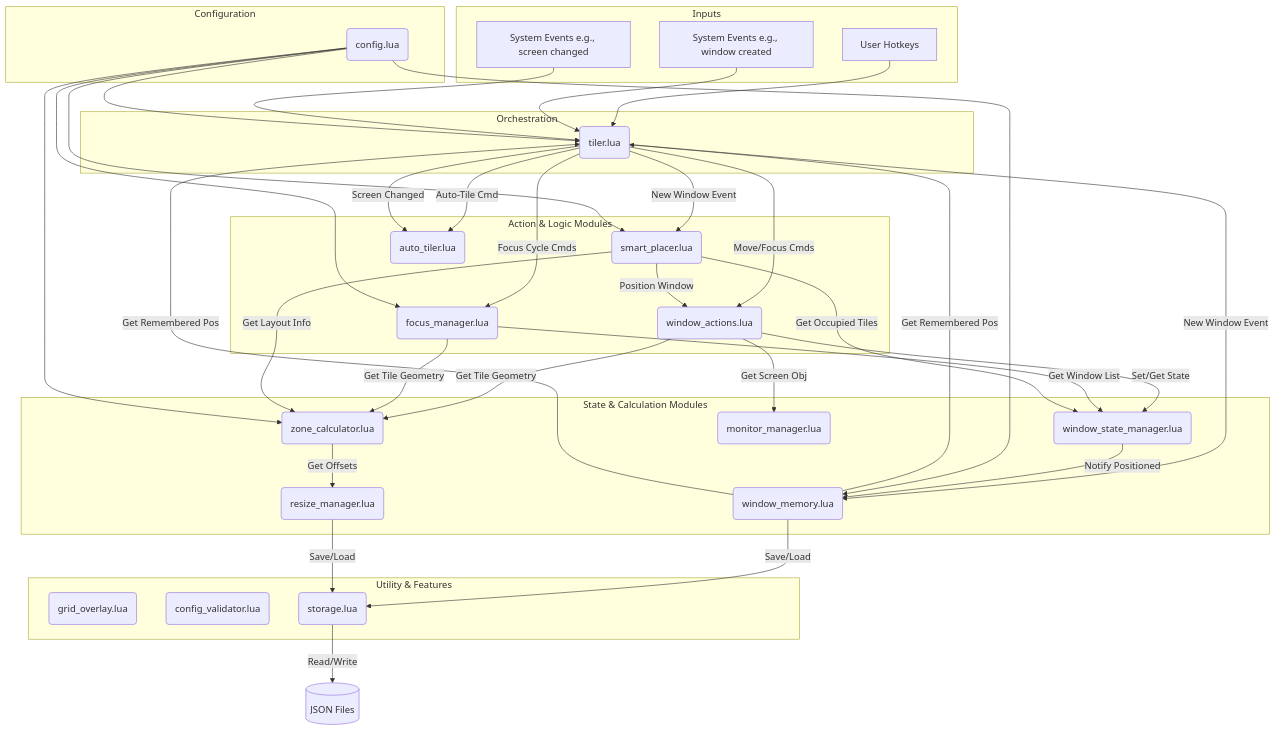
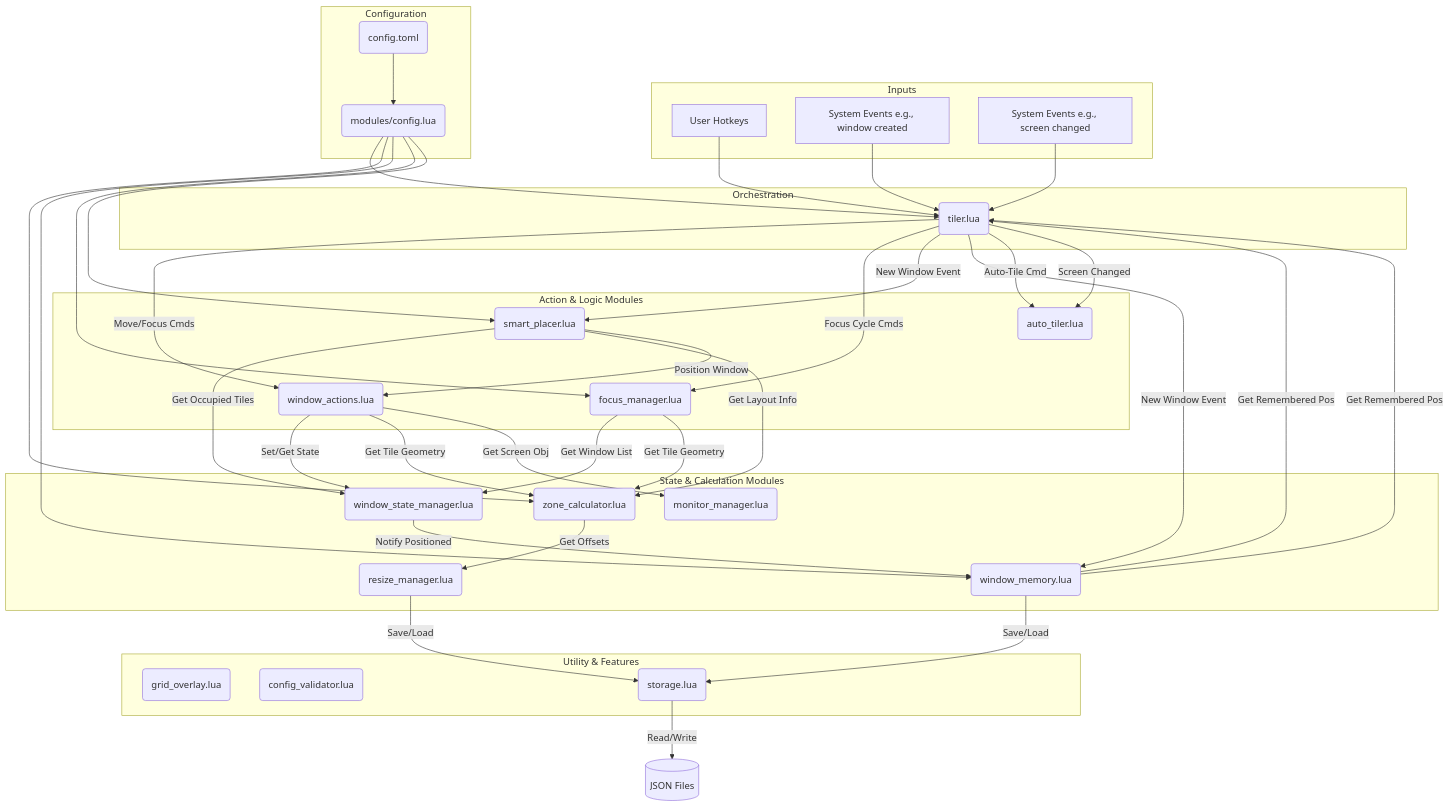
One commit to ztomer/ZoneTilerWM changed the diagram in docs/ARCHITECTURE.md. Above: the diagram before and after it, drawn with Mermaid. The commit also changed other lines of this file and 19 other files, not shown here.

Commit message:
Move the configuration to a toml file

````diff
--- a/docs/ARCHITECTURE.md
+++ b/docs/ARCHITECTURE.md
@@ -23,75 +23,77 @@
 ```mermaid
 graph TD
     subgraph "Inputs"
         A[User Hotkeys]
         B[System Events e.g., window created]
         C[System Events e.g., screen changed]
     end
 
     subgraph "Orchestration"
         Tiler("tiler.lua")
     end
 
     subgraph "Action & Logic Modules"
         WA("window_actions.lua")
         FM("focus_manager.lua")
         SP("smart_placer.lua")
         AT("auto_tiler.lua")
     end
 
     subgraph "State & Calculation Modules"
         WSM("window_state_manager.lua")
         ZC("zone_calculator.lua")
         MM("monitor_manager.lua")
         WM("window_memory.lua")
         RM("resize_manager.lua")
     end
 
     subgraph "Utility & Features"
         GO("grid_overlay.lua")
         CV("config_validator.lua")
         ST("storage.lua")
     end
 
-    subgraph "Configuration"
-        CFG("config.lua")
+subgraph "Configuration"
+        CFG("config.toml")
+        CL("modules/config.lua")
     end
 
     A --> Tiler
     B --> Tiler
     C --> Tiler
 
     Tiler -->|Move/Focus Cmds| WA
     Tiler -->|Focus Cycle Cmds| FM
     Tiler -->|New Window Event| SP
     Tiler -->|New Window Event| WM
     Tiler -->|Auto-Tile Cmd| AT
     Tiler -->|Screen Changed| AT
 
     WA -->|Set/Get State| WSM
     WA -->|Get Tile Geometry| ZC
     WA -->|Get Screen Obj| MM
 
     ZC -->|Get Offsets| RM
 
     FM -->|Get Window List| WSM
     FM -->|Get Tile Geometry| ZC
 
     SP -->|Get Occupied Tiles| WSM
     SP -->|Get Layout Info| ZC
     SP -->|Position Window| WA
 
     WSM -->|Notify Positioned| WM
 
     WM -->|Get Remembered Pos| Tiler
     WM -->|Get Remembered Pos| Tiler
     WM -->|Save/Load| ST
     RM -->|Save/Load| ST
     ST -->|Read/Write| Disk[(JSON Files)]
 
-    CFG --> Tiler
-    CFG --> ZC
-    CFG --> WM
-    CFG --> FM
-    CFG --> SP
+    CFG --> CL
+    CL --> Tiler
+    CL --> ZC
+    CL --> WM
+    CL --> FM
+    CL --> SP
 ```
````
